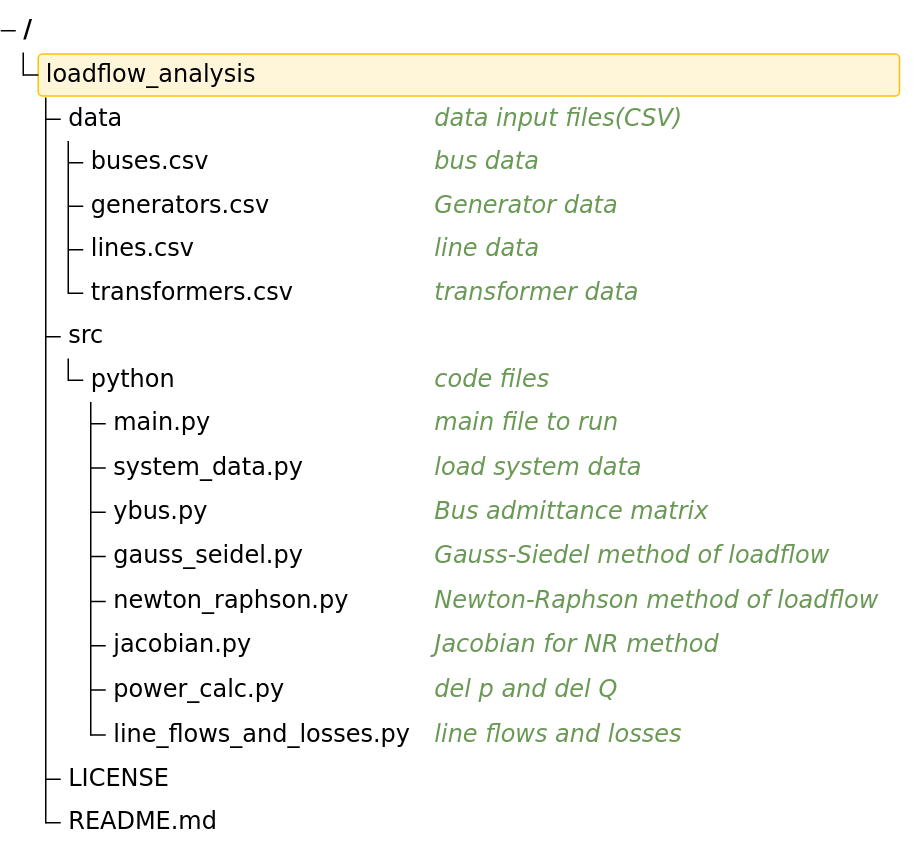
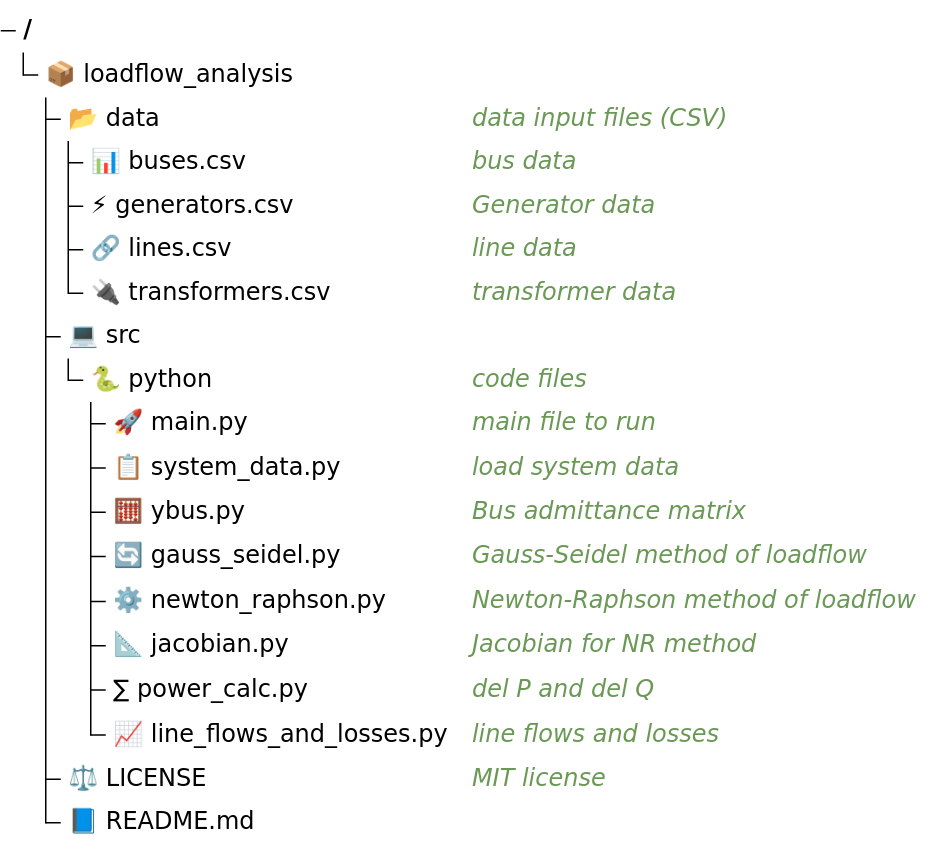
The diagram in README.md (sai-power-systems/loadflow-analysis-toolkit), drawn with Mermaid before and after one commit. The commit also changed other lines of this file and 1 other file, not shown here.

Commit message:
readme draft 2

````diff
--- a/README.md
+++ b/README.md
@@ -23,21 +25,23 @@
 ```mermaid
 treeView-beta
-  ┗━ loadflow_analysis :::highlight
-    ┣━━ data ## data input files(CSV)
-    ┃   ┣━━ buses.csv ## bus data
-    ┃   ┣━━ generators.csv ## Generator data
-    ┃   ┣━━ lines.csv ## line data
-    ┃   ┗━━ transformers.csv ## transformer data
-    ┣━━ src
-    ┃   ┗━━ python ## code files
-    ┃       ┣━━ main.py ## main file to run
-    ┃       ┣━━ system_data.py ## load system data
-    ┃       ┣━━ ybus.py ## Bus admittance matrix
-    ┃       ┣━━ gauss_seidel.py ## Gauss-Siedel method of loadflow
-    ┃       ┣━━ newton_raphson.py ## Newton-Raphson method of loadflow
-    ┃       ┣━━ jacobian.py ## Jacobian for NR method
-    ┃       ┣━━ power_calc.py ## del p and del Q
-    ┃       ┗━━ line_flows_and_losses.py ## line flows and losses
-    ┣━━ LICENSE
-    ┗━━ README.md
+  ┗━ 📦 loadflow_analysis
+    ┣━━ 📂 data ## data input files (CSV)
+    ┃   ┣━━ 📊 buses.csv ## bus data
+    ┃   ┣━━ ⚡ generators.csv ## Generator data
+    ┃   ┣━━ 🔗 lines.csv ## line data
+    ┃   ┗━━ 🔌 transformers.csv ## transformer data
+    ┣━━ 💻 src
+    ┃   ┗━━ 🐍 python ## code files
+    ┃       ┣━━ 🚀 main.py ## main file to run
+    ┃       ┣━━ 📋 system_data.py ## load system data
+    ┃       ┣━━ 🧮 ybus.py ## Bus admittance matrix
+    ┃       ┣━━ 🔄 gauss_seidel.py ## Gauss-Seidel method of loadflow
+    ┃       ┣━━ ⚙️ newton_raphson.py ## Newton-Raphson method of loadflow
+    ┃       ┣━━ 📐 jacobian.py ## Jacobian for NR method
+    ┃       ┣━━ ∑ power_calc.py ## del P and del Q
+    ┃       ┗━━ 📈 line_flows_and_losses.py ## line flows and losses
+    ┣━━ ⚖️ LICENSE ## MIT license
+    ┗━━ 📘 README.md
+
+
 ```
````
